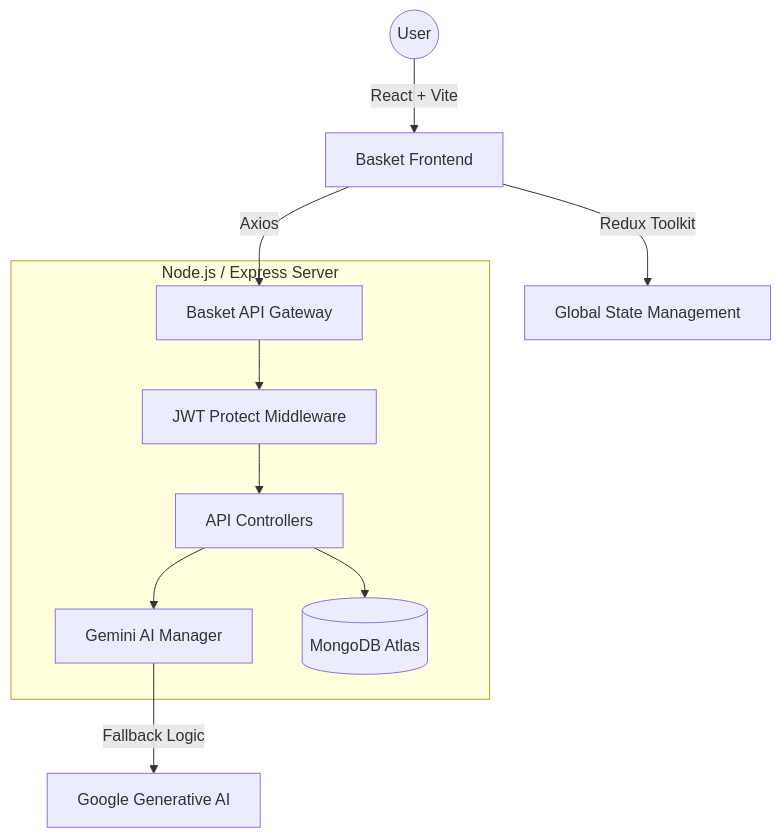
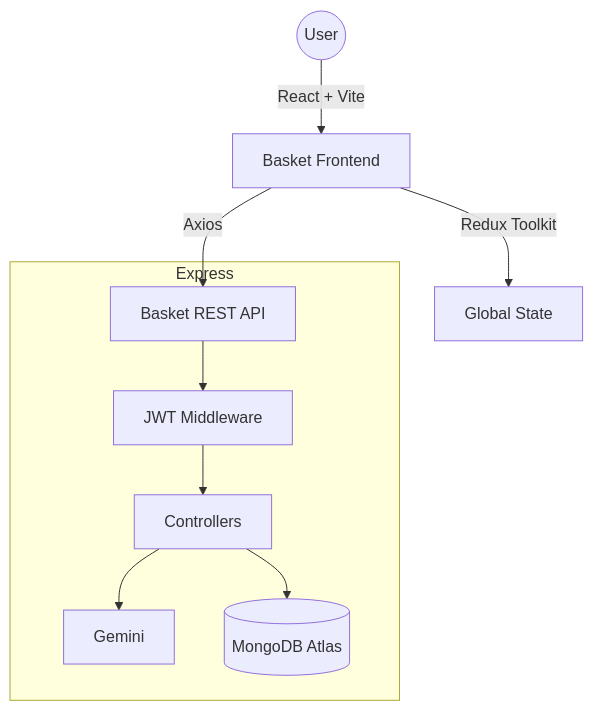
Before and after one commit to ashfaaqkt/E-Commerce-Backend-System-Entri-MERN-2-ME5: the diagram in README.md, drawn with Mermaid. The commit also changed other lines of this file and 16 other files, not shown here.

````diff
--- a/README.md
+++ b/README.md
@@ -57,15 +95,12 @@
 ```mermaid
 graph TD
     User((User)) -->|React + Vite| Frontend[Basket Frontend]
-    Frontend -->|Redux Toolkit| State[Global State Management]
-    Frontend -->|Axios| API[Basket API Gateway]
-    
-    subgraph Backend [Node.js / Express Server]
-        API --> Auth[JWT Protect Middleware]
-        Auth --> Controller[API Controllers]
-        Controller --> AI[Gemini AI Manager]
+    Frontend -->|Redux Toolkit| State[Global State]
+    Frontend -->|Axios| API[Basket REST API]
+    subgraph Backend [Express]
+        API --> Auth[JWT Middleware]
+        Auth --> Controller[Controllers]
+        Controller --> AI[Gemini]
         Controller --> DB[(MongoDB Atlas)]
     end
-    
-    AI -->|Fallback Logic| Gemini[Google Generative AI]
 ```
````
